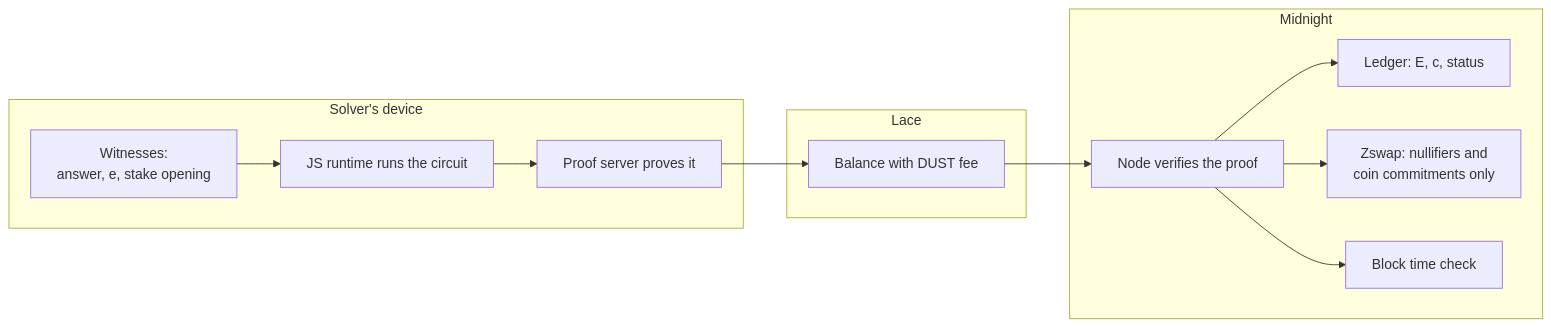
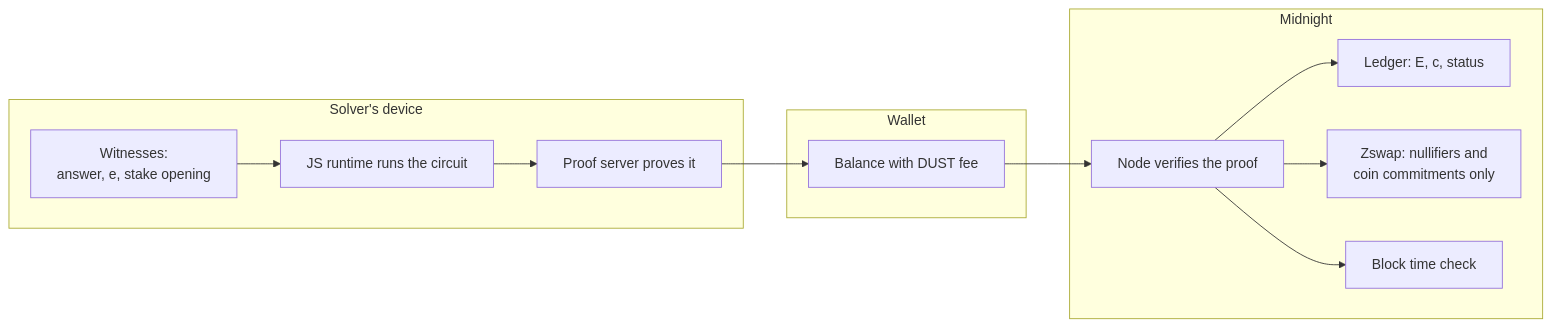
Before and after one commit to Kanasjnr/Midnight-private-bounties: the ninth of 11 diagrams in ARCHITECTURE.md, drawn with Mermaid. The commit also changed other lines of this file and 2 other files, not shown here.

Commit message:
Support any DApp Connector wallet, not just Lace

````diff
--- a/ARCHITECTURE.md
+++ b/ARCHITECTURE.md
@@ -432,21 +432,21 @@
 ```mermaid
 flowchart LR
   subgraph Device["Solver's device"]
     W1["Witnesses:<br/>answer, e, stake opening"]
     JS["JS runtime runs the circuit"]
     PS["Proof server proves it"]
   end
   subgraph Chain["Midnight"]
     V["Node verifies the proof"]
     L["Ledger: E, c, status"]
     Z["Zswap: nullifiers and<br/>coin commitments only"]
     T["Block time check"]
   end
-  subgraph Wallet["Lace"]
+  subgraph Wallet["Wallet"]
     B["Balance with DUST fee"]
   end
   W1 --> JS --> PS --> B --> V
   V --> T
   V --> L
   V --> Z
 ```
````
